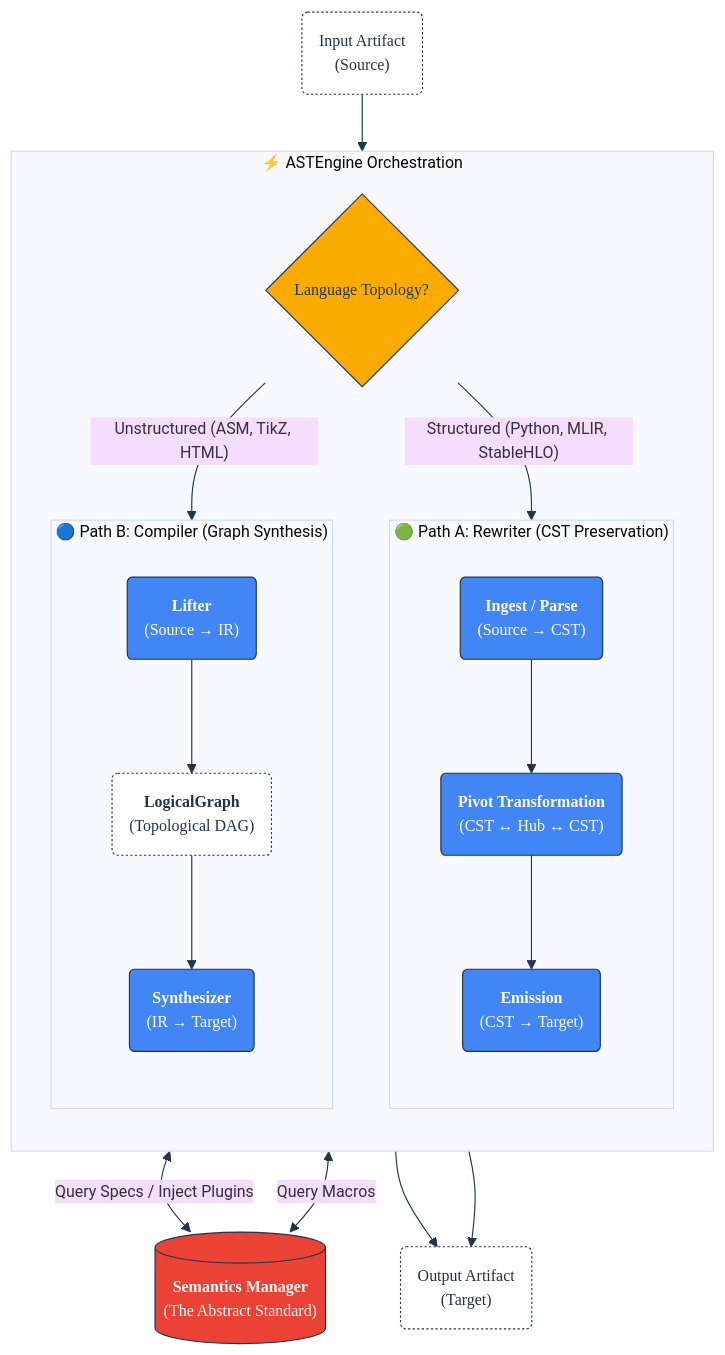
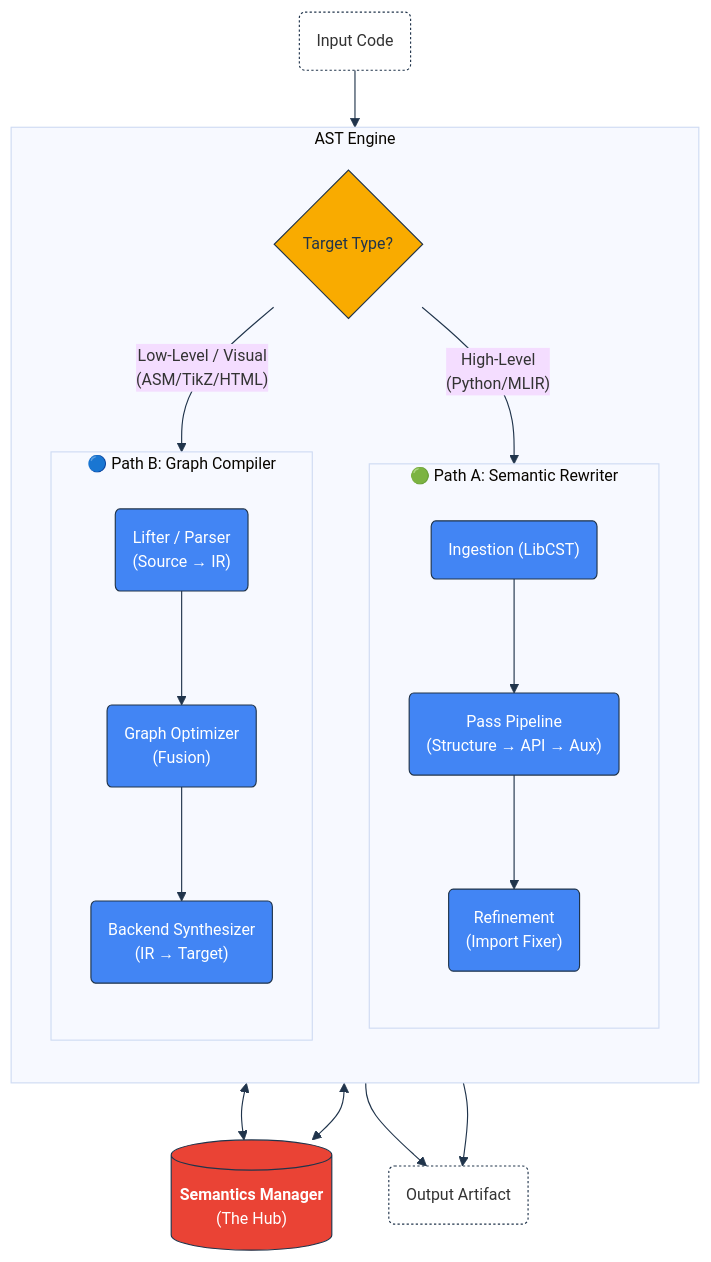
The diagram in INTERNALS.md (SamuelMarks/ml-switcheroo), drawn with Mermaid before and after one commit. The commit also changed other lines of this file, not shown here.

````diff
--- a/INTERNALS.md
+++ b/INTERNALS.md
@@ -32,52 +27,44 @@
 ```mermaid
 %%{init: {'theme': 'base', 'themeVariables': { 'fontFamily': 'Google Sans', 'fontSize': '14px', 'lineColor': '#20344b'}}}%%
 graph TD
-    %% --- DESIGN CONSTRAINTS ---
-    classDef header font-family:'Google Sans Medium',fill:#20344b,color:#ffffff,stroke:#20344b;
-    classDef process fill:#4285f4,stroke:#20344b,stroke-width:1px,color:#ffffff,font-family:'Google Sans',rx:4px;
-    classDef decision fill:#f9ab00,stroke:#20344b,stroke-width:1px,color:#20344b,font-family:'Google Sans Medium',rx:20px;
-    classDef artifact fill:#ffffff,stroke:#20344b,stroke-width:1px,color:#20344b,font-family:'Roboto Mono',stroke-dasharray: 2 2;
-    classDef storage fill:#ea4335,stroke:#20344b,stroke-width:1px,color:#ffffff,font-family:'Google Sans',rx:4px;
-    classDef asm fill:#20344b,stroke:#20344b,stroke-width:1px,color:#ffffff,font-family:'Roboto Mono',rx:2px;
+    classDef process fill: #4285f4, stroke: #20344b, stroke-width: 1px, color: #ffffff, rx: 4px;
+    classDef decision fill: #f9ab00, stroke: #20344b, stroke-width: 1px, color: #20344b, rx: 20px;
+    classDef storage fill: #ea4335, stroke: #20344b, stroke-width: 1px, color: #ffffff, rx: 4px;
+    classDef artifact fill: #ffffff, stroke: #20344b, stroke-width: 1px, stroke-dasharray: 2 2;
+    SRC("Input Code"):::artifact
 
-    SRC("Input Artifact<br/>(Source)"):::artifact
-    
-    subgraph ENGINE [" ⚡ ASTEngine Orchestration "]
-        direction TB
-        DISPATCH{"Language Topology?"}:::decision
-        
-        subgraph PATH_A [" 🟢 Path A: Rewriter (CST Preservation) "]
-            direction TB
-            INGEST_CST("<b>Ingest / Parse</b><br/>(Source &rarr; CST)"):::process
-            TRANSFORM("<b>Pivot Transformation</b><br/>(CST &harr; Hub &harr; CST)"):::process
-            EMIT_CST("<b>Emission</b><br/>(CST &rarr; Target)"):::process
-            
-            INGEST_CST --> TRANSFORM --> EMIT_CST
-        end
+subgraph ENGINE [AST Engine]
+direction TB
+ROUTER{"Target Type?"}:::decision
 
-        subgraph PATH_B [" 🔵 Path B: Compiler (Graph Synthesis) "]
-            direction TB
-            LIFT("<b>Lifter</b><br/>(Source &rarr; IR)"):::process
-            IR("<b>LogicalGraph</b><br/>(Topological DAG)"):::artifact
-            SYNTH("<b>Synthesizer</b><br/>(IR &rarr; Target)"):::process
-            
-            LIFT --> IR --> SYNTH
-        end
-    end
+subgraph PATH_A [🟢 Path A: Semantic Rewriter]
+direction TB
+INGEST("Ingestion (LibCST)"):::process
+PIPELINE("Pass Pipeline<br/>(Structure &rarr; API &rarr; Aux)"):::process
+FIXER("Refinement<br/>(Import Fixer)"):::process
+INGEST --> PIPELINE --> FIXER
+end
 
-    KB[("<b>Semantics Manager</b><br/>(The Abstract Standard)")]:::storage
+subgraph PATH_B [🔵 Path B: Graph Compiler]
+direction TB
+LIFT("Lifter / Parser<br/>(Source &rarr; IR)"):::process
+OPT("Graph Optimizer<br/>(Fusion)"):::process
+SYNTH("Backend Synthesizer<br/>(IR &rarr; Target)"):::process
+LIFT --> OPT --> SYNTH
+end
+end
 
-    TGT("Output Artifact<br/>(Target)"):::artifact
+KB[("<b>Semantics Manager</b><br/>(The Hub)")]:::storage
 
-    %% --- EDGES ---
-    SRC --> DISPATCH
-    
-    DISPATCH -->|" Structured (Python, MLIR, StableHLO) "| PATH_A
-    DISPATCH -->|" Unstructured (ASM, TikZ, HTML) "| PATH_B
+TGT("Output Artifact"):::artifact
 
-    TRANSFORM <-->|" Query Specs / Inject Plugins "| KB
-    SYNTH <-->|" Query Macros "| KB
+SRC --> ROUTER
+ROUTER -->|" High-Level<br/>(Python/MLIR) "|PATH_A
+ROUTER -->|" Low-Level / Visual<br/>(ASM/TikZ/HTML) "|PATH_B
 
-    EMIT_CST --> TGT
-    SYNTH --> TGT
+PIPELINE <--> KB
+SYNTH <--> KB
+
+FIXER --> TGT
+SYNTH --> TGT
 ```
````
